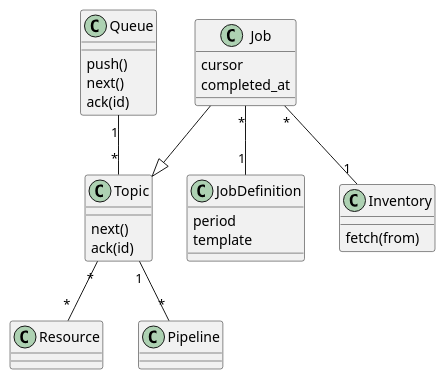
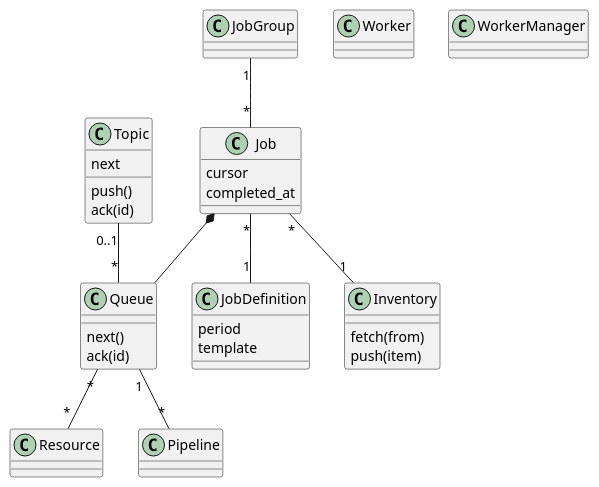
The diagram in docs/plantuml/class_diagram.plantuml (Flared/saturn), drawn with PlantUML before and after one commit. The commit also changed 1 other file, not shown here.

```diff
--- a/docs/plantuml/class_diagram.plantuml
+++ b/docs/plantuml/class_diagram.plantuml
@@ -1,40 +1,52 @@
 @startuml
+
+class Topic {
+    push()
+    next
+    ack(id)
+}
+
+class Job {
+  cursor
+  completed_at
+}
+
+class  Worker {
+}
+
 class Queue {
-  push()
   next()
   ack(id)
 }
 
 class JobDefinition {
   period
   template
 }
 
-class Job {
-  cursor
-  completed_at
-}
-
 class Inventory {
   fetch(from)
+  push(item)
 }
 
 class Resource {
 }
 
-class Topic {
-  next()
-  ack(id)
-}
-
 class Pipeline {
 }
 
-Job --|> Topic
+class JobGroup {
+}
 
-Queue "1" -- "*" Topic
-Topic "1" -- "*" Pipeline
-Topic "*" -- "*" Resource
+class WorkerManager {
+}
+
+Topic "0..1" -- "*" Queue
+Queue "*" -- "*" Resource
+Queue "1" -- "*" Pipeline
+Job *-- Queue
+Job "*" -- "1" JobDefinition
 Job "*" -- "1" Inventory
-Job "*" -- "1" JobDefinition
+JobGroup "1" -- "*" Job
+
 @enduml
```
